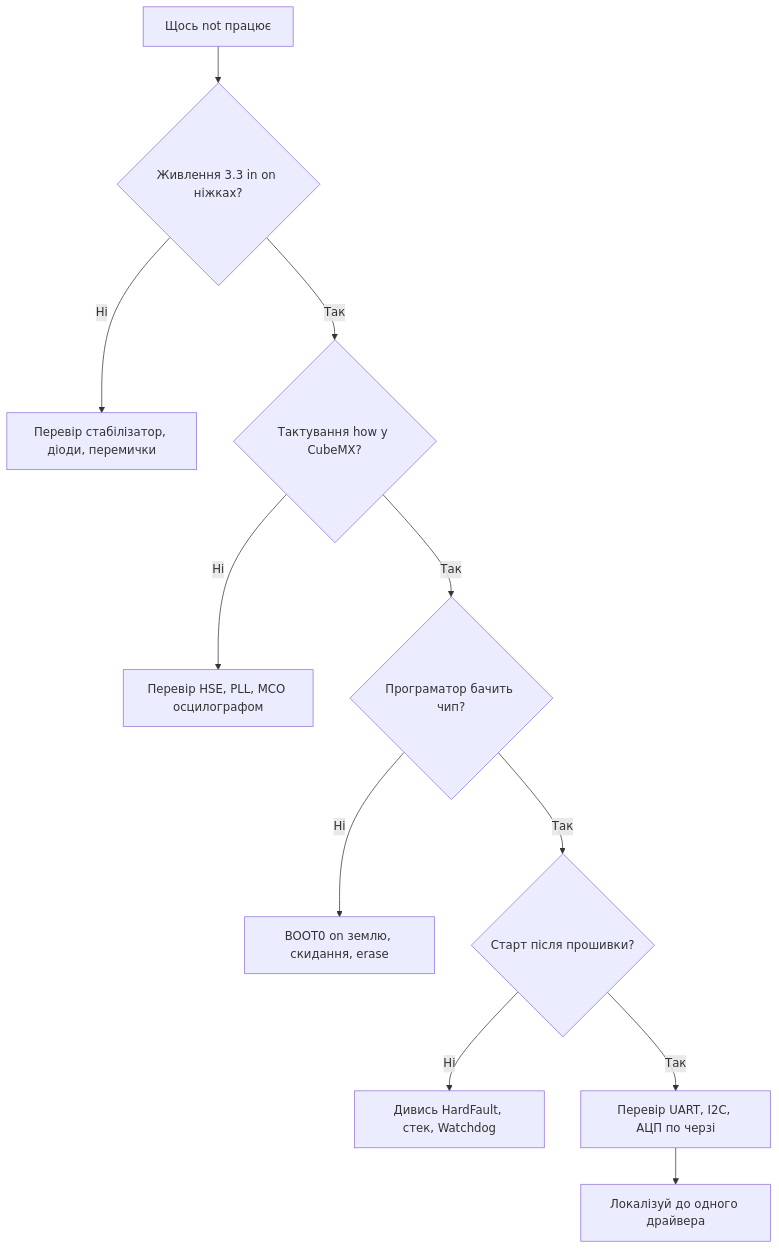
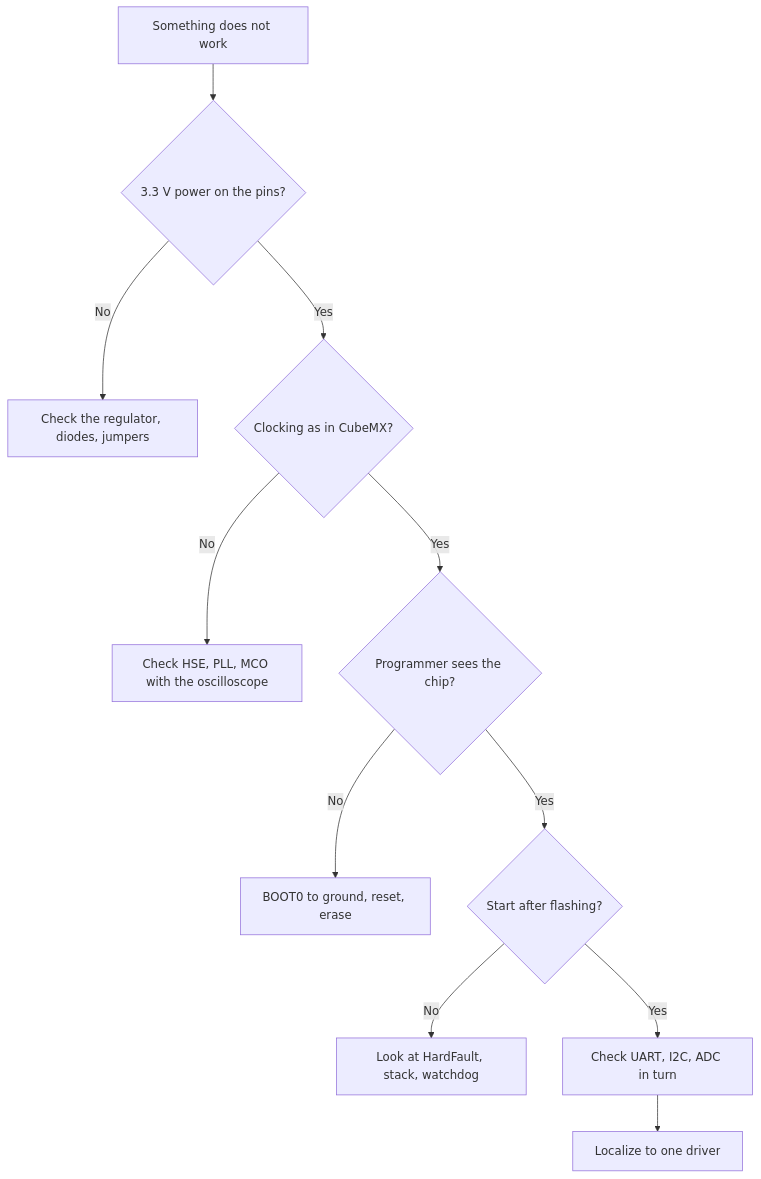
One commit to ksalab/embedded-reference changed the first of 4 diagrams in obsidian_vault/STM32-Reference/EN/99-Additions/01-Troubleshooting-FAQ.en.md. Above: the diagram before and after it, drawn with Mermaid. The commit also changed other lines of this file and 76 other files, not shown here.

````diff
--- a/obsidian_vault/STM32-Reference/EN/99-Additions/01-Troubleshooting-FAQ.en.md
+++ b/obsidian_vault/STM32-Reference/EN/99-Additions/01-Troubleshooting-FAQ.en.md
@@ -101,13 +118,13 @@
 ```mermaid
 flowchart TB
-    Start[Щось not працює] --> PWR{Живлення 3.3 in on ніжках?}
-    PWR -->|Ні| PSU[Перевір стабілізатор, діоди, перемички]
-    PWR -->|Так| CLK{Тактування how у CubeMX?}
-    CLK -->|Ні| OSC[Перевір HSE, PLL, MCO осцилографом]
-    CLK -->|Так| SWD{Програматор бачить чип?}
-    SWD -->|Ні| BOOT[BOOT0 on землю, скидання, erase]
-    SWD -->|Так| RUN{Старт після прошивки?}
-    RUN -->|Ні| FAULT[Дивись HardFault, стек, Watchdog]
-    RUN -->|Так| PER[Перевір UART, I2C, АЦП по черзі]
-    PER --> OK[Локалізуй до одного драйвера]
+    Start[Something does not work] --> PWR{3.3 V power on the pins?}
+    PWR -->|No| PSU[Check the regulator, diodes, jumpers]
+    PWR -->|Yes| CLK{Clocking as in CubeMX?}
+    CLK -->|No| OSC[Check HSE, PLL, MCO with the oscilloscope]
+    CLK -->|Yes| SWD{Programmer sees the chip?}
+    SWD -->|No| BOOT[BOOT0 to ground, reset, erase]
+    SWD -->|Yes| RUN{Start after flashing?}
+    RUN -->|No| FAULT[Look at HardFault, stack, watchdog]
+    RUN -->|Yes| PER[Check UART, I2C, ADC in turn]
+    PER --> OK[Localize to one driver]
 ```
````
